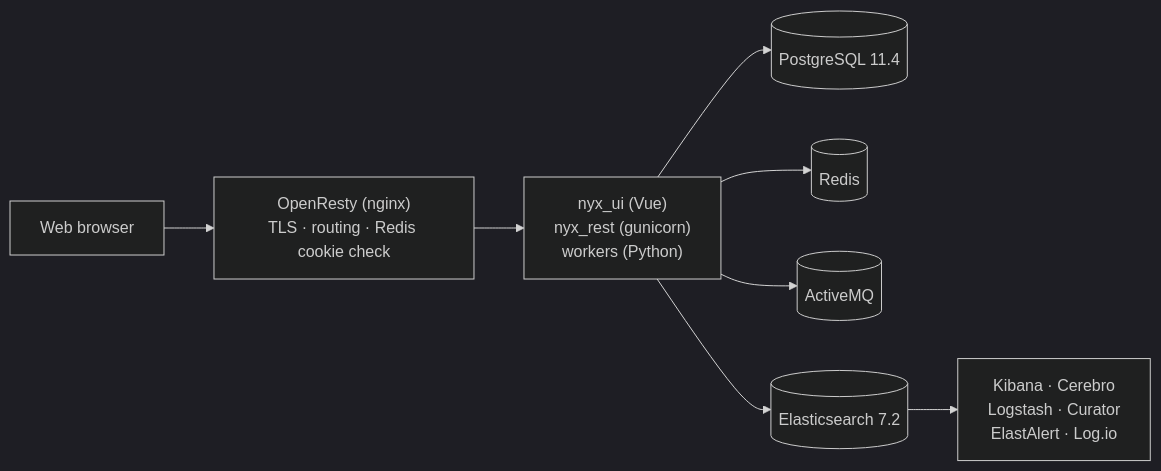
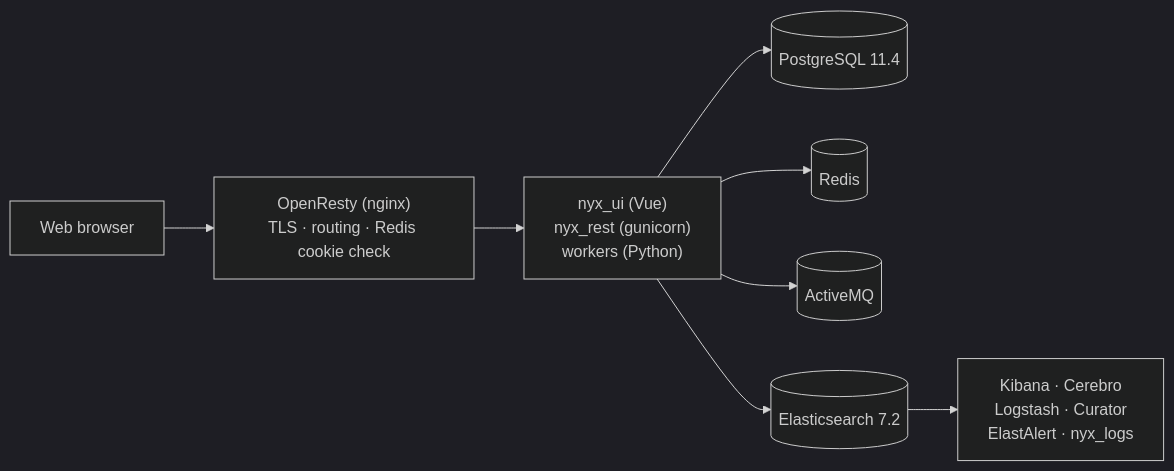
The diagram in docs/architecture.md (snuids/nyx), drawn with Mermaid (dark theme) before and after one commit. The commit also changed other lines of this file and 11 other files, not shown here.

````diff
--- a/docs/architecture.md
+++ b/docs/architecture.md
@@ -10,18 +10,18 @@
 ```mermaid
 flowchart LR
     clients["Web browser"]
     nginx["OpenResty (nginx)<br/>TLS · routing · Redis cookie check"]
     app["nyx_ui (Vue)<br/>nyx_rest (gunicorn)<br/>workers (Python)"]
     pg[(PostgreSQL 11.4)]
     redis[(Redis)]
     amq[(ActiveMQ)]
     es[(Elasticsearch 7.2)]
-    obs["Kibana · Cerebro<br/>Logstash · Curator<br/>ElastAlert · Log.io"]
+    obs["Kibana · Cerebro<br/>Logstash · Curator<br/>ElastAlert · nyx_logs"]
 
     clients --> nginx --> app
     app --> pg
     app --> redis
     app --> amq
     app --> es
     es --> obs
 ```
````
